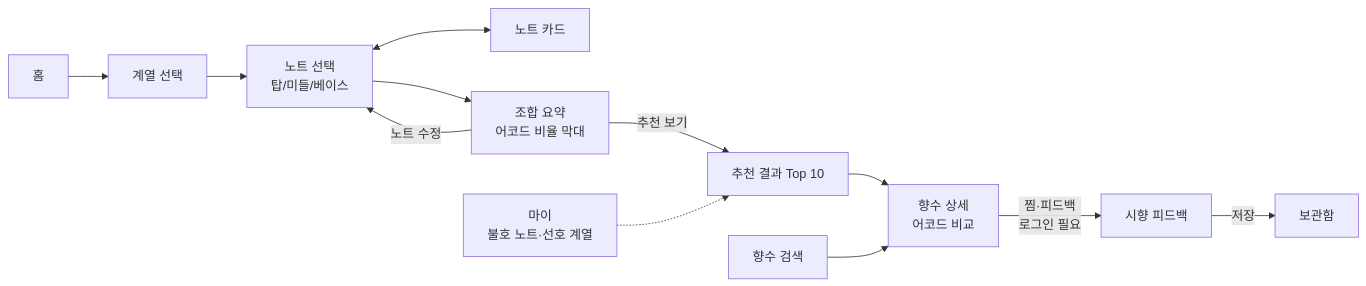
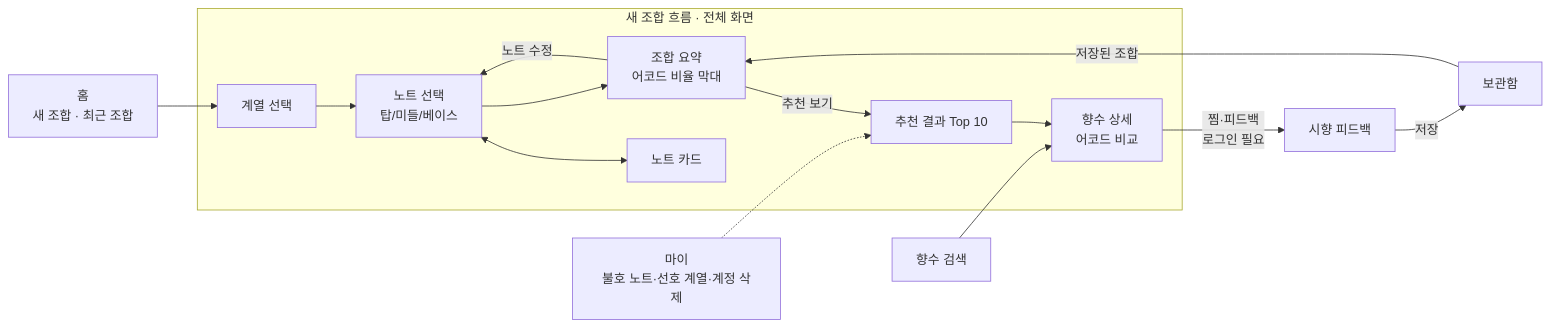
The diagram in apps/scent-studio/docs/requirements.md (junyeop3407/perfumer-lab), drawn with Mermaid before and after one commit. The commit also changed other lines of this file and 2 other files, not shown here.

````diff
--- a/apps/scent-studio/docs/requirements.md
+++ b/apps/scent-studio/docs/requirements.md
@@ -67,14 +70,17 @@
 ```mermaid
 flowchart LR
-  S01[홈] --> S02[계열 선택]
-  S02 --> S03[노트 선택<br/>탑/미들/베이스]
-  S03 <--> S04[노트 카드]
-  S03 --> S05[조합 요약<br/>어코드 비율 막대]
-  S05 -- 노트 수정 --> S03
-  S05 -- 추천 보기 --> S06[추천 결과 Top 10]
-  S06 --> S07[향수 상세<br/>어코드 비교]
+  S01[홈<br/>새 조합 · 최근 조합] --> S02
+  subgraph FLOW[새 조합 흐름 · 전체 화면]
+    S02[계열 선택] --> S03[노트 선택<br/>탑/미들/베이스]
+    S03 <--> S04[노트 카드]
+    S03 --> S05[조합 요약<br/>어코드 비율 막대]
+    S05 -- 노트 수정 --> S03
+    S05 -- 추천 보기 --> S06[추천 결과 Top 10]
+    S06 --> S07[향수 상세<br/>어코드 비교]
+  end
+  S08[향수 검색] --> S07
   S07 -- 찜·피드백<br/>로그인 필요 --> S10[시향 피드백]
   S10 -- 저장 --> S09[보관함]
-  S08[향수 검색] --> S07
-  S11[마이<br/>불호 노트·선호 계열] -.-> S06
+  S09 -- 저장된 조합 --> S05
+  S11[마이<br/>불호 노트·선호 계열·계정 삭제] -.-> S06
 ```
````
